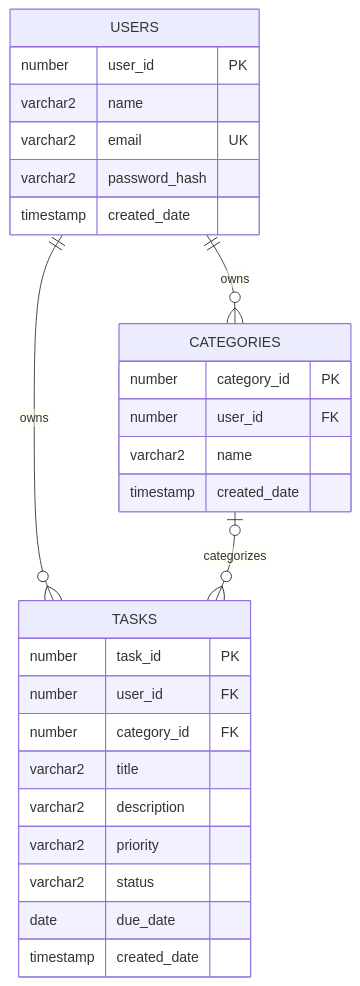
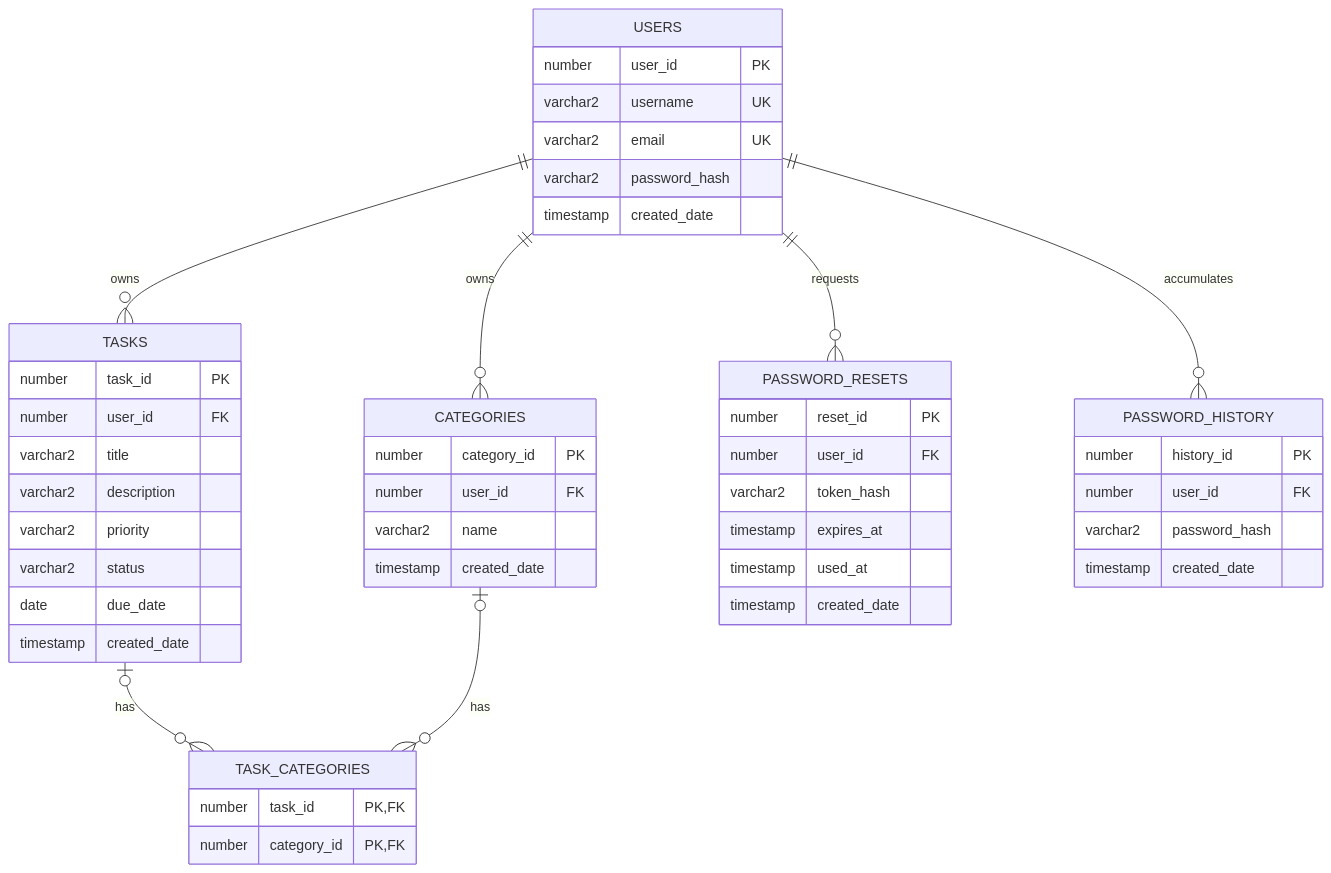
Before and after one commit to robinsiebler/smart-task-manager: the diagram in db/ERD.md, drawn with Mermaid. The commit also changed other lines of this file and 1 other file, not shown here.

First line of the commit message:
Write the root README and update the ERD to match the current schema

````diff
--- a/db/ERD.md
+++ b/db/ERD.md
@@ -53,31 +90,51 @@
 ```mermaid
 erDiagram
     USERS {
         number user_id PK
-        varchar2 name
+        varchar2 username UK
         varchar2 email UK
         varchar2 password_hash
         timestamp created_date
     }
     CATEGORIES {
         number category_id PK
         number user_id FK
         varchar2 name
         timestamp created_date
     }
     TASKS {
         number task_id PK
         number user_id FK
-        number category_id FK
         varchar2 title
         varchar2 description
         varchar2 priority
         varchar2 status
         date due_date
         timestamp created_date
     }
+    TASK_CATEGORIES {
+        number task_id PK,FK
+        number category_id PK,FK
+    }
+    PASSWORD_RESETS {
+        number reset_id PK
+        number user_id FK
+        varchar2 token_hash
+        timestamp expires_at
+        timestamp used_at
+        timestamp created_date
+    }
+    PASSWORD_HISTORY {
+        number history_id PK
+        number user_id FK
+        varchar2 password_hash
+        timestamp created_date
+    }
 
-    USERS   ||--o{ CATEGORIES : owns
-    USERS   ||--o{ TASKS      : owns
-    CATEGORIES |o--o{ TASKS   : categorizes
+    USERS   ||--o{ CATEGORIES       : owns
+    USERS   ||--o{ TASKS            : owns
+    USERS   ||--o{ PASSWORD_RESETS  : requests
+    USERS   ||--o{ PASSWORD_HISTORY : accumulates
+    TASKS      |o--o{ TASK_CATEGORIES : has
+    CATEGORIES |o--o{ TASK_CATEGORIES : has
 ```
````
